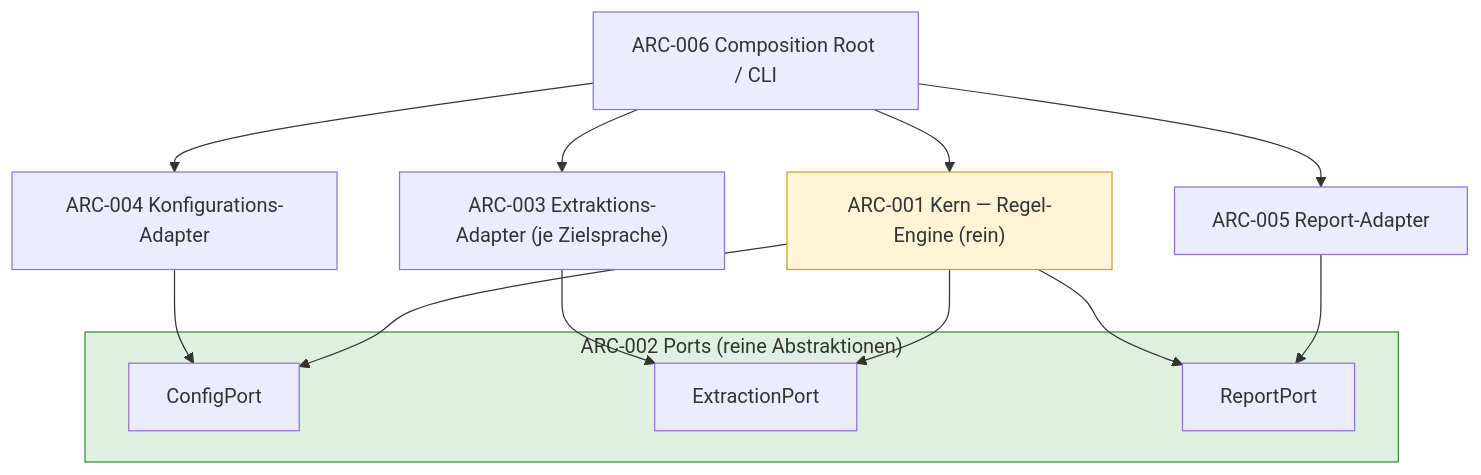
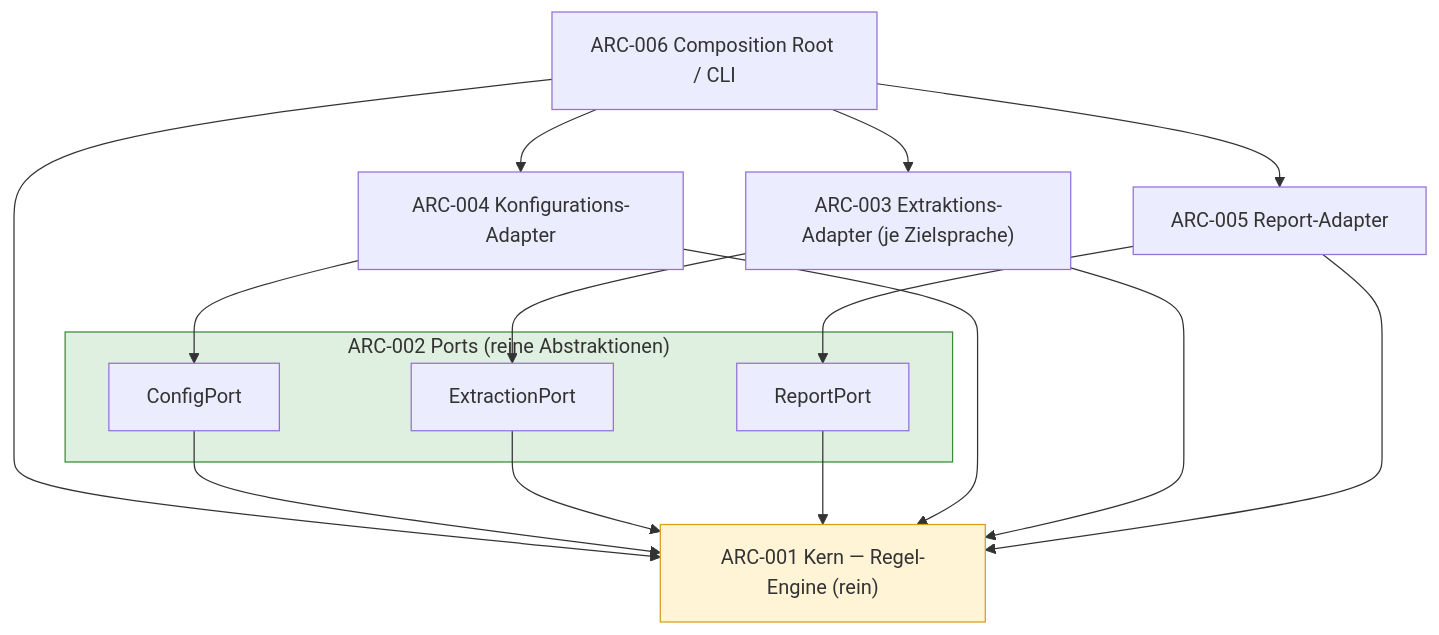
One commit to pt9912/a-check changed the first of 3 diagrams in spec/architecture.md. Above: the diagram before and after it, drawn with Mermaid. The commit also changed other lines of this file and 24 other files, not shown here.

````diff
--- a/spec/architecture.md
+++ b/spec/architecture.md
@@ -28,24 +28,27 @@
 ```mermaid
 flowchart TD
     CLI["ARC-006 Composition Root / CLI"]
     CFG["ARC-004 Konfigurations-Adapter"]
     EXT["ARC-003 Extraktions-Adapter (je Zielsprache)"]
     REP["ARC-005 Report-Adapter"]
     subgraph Ports["ARC-002 Ports (reine Abstraktionen)"]
         CP["ConfigPort"]
         EP["ExtractionPort"]
         RP["ReportPort"]
     end
     CORE["ARC-001 Kern — Regel-Engine (rein)"]
 
     CLI --> CFG --> CP
     CLI --> EXT --> EP
     CLI --> CORE
-    CORE --> CP
-    CORE --> EP
-    CORE --> RP
+    CP --> CORE
+    EP --> CORE
+    RP --> CORE
+    CFG --> CORE
+    EXT --> CORE
+    REP --> CORE
     REP --> RP
     CLI --> REP
     style CORE fill:#fff4d6,stroke:#d4a017
     style Ports fill:#e0f0e0,stroke:#3a8a3a
 ```
````
